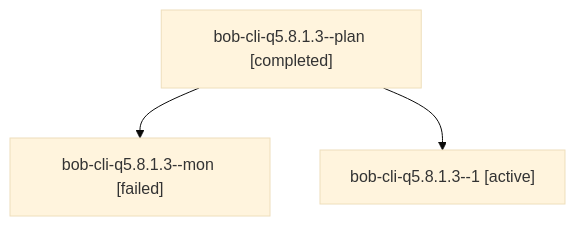
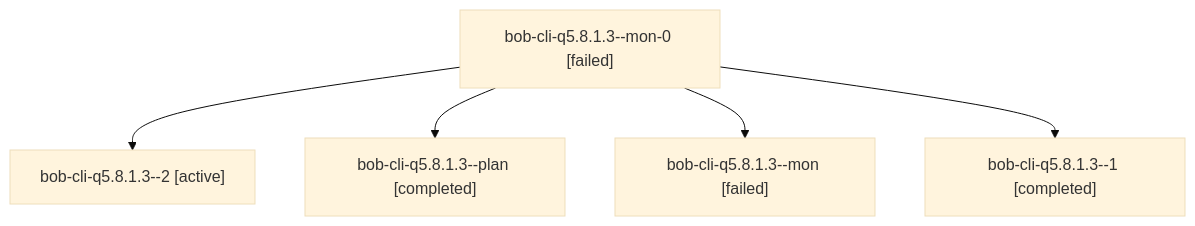
The diagram in sessions/bbugyi200.athena.bob-cli-q5.8.1.3.md (bobs-org/bob-cli--agents), drawn with Mermaid (base theme) before and after one commit. The commit also changed other lines of this file and 194 other files, not shown here.

````diff
--- a/sessions/bbugyi200.athena.bob-cli-q5.8.1.3.md
+++ b/sessions/bbugyi200.athena.bob-cli-q5.8.1.3.md
@@ -9,8 +9,12 @@
 ```mermaid
 flowchart TD
-  n0["bob-cli-q5.8.1.3--plan [completed]"]
-  n1["bob-cli-q5.8.1.3--mon [failed]"]
+  n0["bob-cli-q5.8.1.3--mon-0 [failed]"]
+  n1["bob-cli-q5.8.1.3--2 [active]"]
   n0 --> n1
-  n2["bob-cli-q5.8.1.3--1 [active]"]
+  n2["bob-cli-q5.8.1.3--plan [completed]"]
   n0 --> n2
+  n3["bob-cli-q5.8.1.3--mon [failed]"]
+  n0 --> n3
+  n4["bob-cli-q5.8.1.3--1 [completed]"]
+  n0 --> n4
 ```
````
